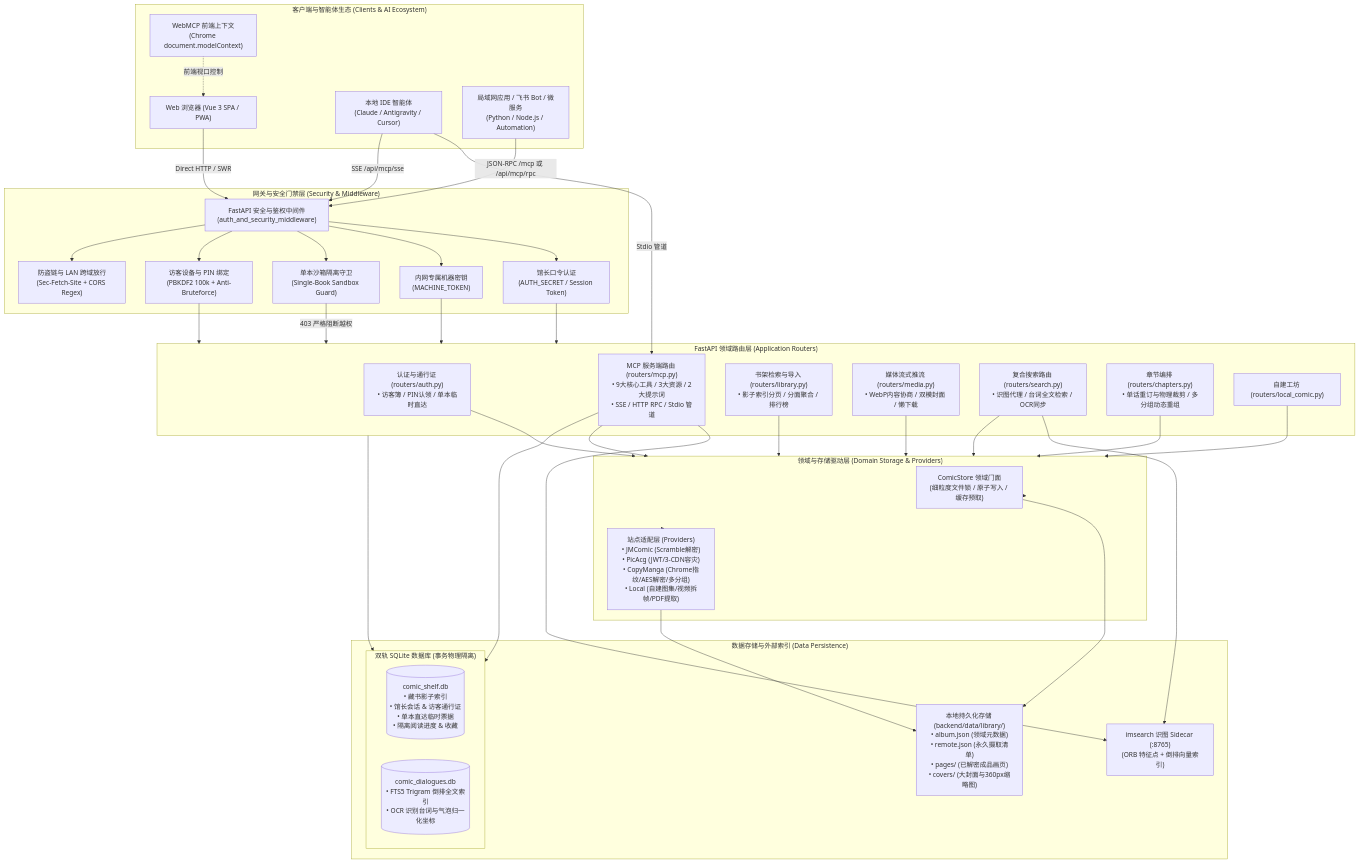
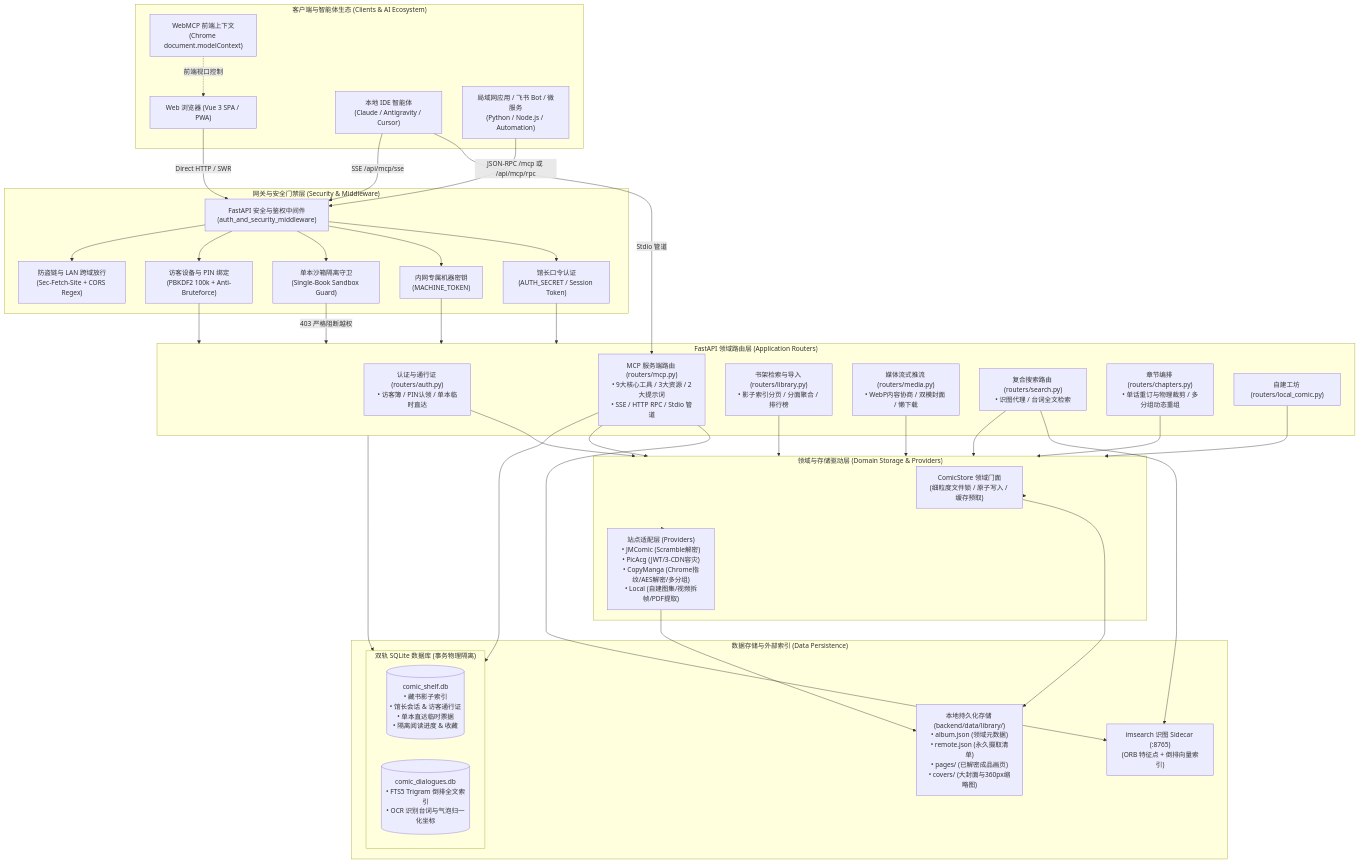
Before and after one commit to lhvision/comic-shelf: the diagram in docs/agents/architecture.md, drawn with Mermaid. The commit also changed other lines of this file and 29 other files, not shown here.

````diff
--- a/docs/agents/architecture.md
+++ b/docs/agents/architecture.md
@@ -30,77 +30,77 @@
 ```mermaid
 flowchart TD
     subgraph Clients["客户端与智能体生态 (Clients & AI Ecosystem)"]
         WebUI["Web 浏览器 (Vue 3 SPA / PWA)"]
         WebMCP["WebMCP 前端上下文<br/>(Chrome document.modelContext)"]
         LocalAgent["本地 IDE 智能体<br/>(Claude / Antigravity / Cursor)"]
         LanBots["局域网应用 / 飞书 Bot / 微服务<br/>(Python / Node.js / Automation)"]
     end
 
     subgraph Gateway["网关与安全门禁层 (Security & Middleware)"]
         AuthMiddleware["FastAPI 安全与鉴权中间件<br/>(auth_and_security_middleware)"]
         CuratorAuth["馆长口令认证<br/>(AUTH_SECRET / Session Token)"]
         MachineAuth["内网专属机器密钥<br/>(MACHINE_TOKEN)"]
         SandboxGuard["单本沙箱隔离守卫<br/>(Single-Book Sandbox Guard)"]
         GuestDevice["访客设备与 PIN 绑定<br/>(PBKDF2 100k + Anti-Bruteforce)"]
         Hotlink["防盗链与 LAN 跨域放行<br/>(Sec-Fetch-Site + CORS Regex)"]
     end
 
     subgraph AppLayer["FastAPI 领域路由层 (Application Routers)"]
         MCPServer["MCP 服务端路由 (routers/mcp.py)<br/>• 9大核心工具 / 3大资源 / 2大提示词<br/>• SSE / HTTP RPC / Stdio 管道"]
         AuthRouter["认证与通行证 (routers/auth.py)<br/>• 访客簿 / PIN认领 / 单本临时直达"]
         LibraryRouter["书架检索与导入 (routers/library.py)<br/>• 影子索引分页 / 分面聚合 / 排行榜"]
         MediaRouter["媒体流式推流 (routers/media.py)<br/>• WebP内容协商 / 双模封面 / 懒下载"]
-        SearchRouter["复合搜索路由 (routers/search.py)<br/>• 识图代理 / 台词全文检索 / OCR同步"]
+        SearchRouter["复合搜索路由 (routers/search.py)<br/>• 识图代理 / 台词全文检索"]
         ChaptersRouter["章节编排 (routers/chapters.py)<br/>• 单话重订与物理裁剪 / 多分组动态重组"]
         LocalRouter["自建工坊 (routers/local_comic.py)"]
     end
 
     subgraph Domain["领域与存储驱动层 (Domain Storage & Providers)"]
         ComicStore["ComicStore 领域门面<br/>(细粒度文件锁 / 原子写入 / 缓存预取)"]
         Providers["站点适配层 (Providers)<br/>• JMComic (Scramble解密)<br/>• PicAcg (JWT/3-CDN容灾)<br/>• CopyManga (Chrome指纹/AES解密/多分组)<br/>• Local (自建图集/视频拆帧/PDF提取)"]
     end
 
     subgraph Storage["数据存储与外部索引 (Data Persistence)"]
         subgraph Databases["双轨 SQLite 数据库 (事务物理隔离)"]
             MainDB[("comic_shelf.db<br/>• 藏书影子索引<br/>• 馆长会话 & 访客通行证<br/>• 单本直达临时票据<br/>• 隔离阅读进度 & 收藏")]
             DiagDB[("comic_dialogues.db<br/>• FTS5 Trigram 倒排全文索引<br/>• OCR 识别台词与气泡归一化坐标")]
         end
         ImsearchSidecar["imsearch 识图 Sidecar (:8765)<br/>(ORB 特征点 + 倒排向量索引)"]
         DataDir["本地持久化存储 (backend/data/library/)<br/>• album.json (领域元数据)<br/>• remote.json (永久摄取清单)<br/>• pages/ (已解密成品画页)<br/>• covers/ (大封面与360px缩略图)"]
     end
 
     WebUI -->|Direct HTTP / SWR| AuthMiddleware
     WebMCP -.->|前端视口控制| WebUI
     LocalAgent -->|Stdio 管道| MCPServer
     LocalAgent -->|SSE /api/mcp/sse| AuthMiddleware
     LanBots -->|JSON-RPC /mcp 或 /api/mcp/rpc| AuthMiddleware
 
     AuthMiddleware --> CuratorAuth
     AuthMiddleware --> MachineAuth
     AuthMiddleware --> SandboxGuard
     AuthMiddleware --> GuestDevice
     AuthMiddleware --> Hotlink
 
     CuratorAuth --> AppLayer
     MachineAuth --> AppLayer
     SandboxGuard -->|403 严格阻断越权| AppLayer
     GuestDevice --> AppLayer
 
     MCPServer --> Domain
     AuthRouter --> Domain
     LibraryRouter --> Domain
     MediaRouter --> Domain
     SearchRouter --> Domain
     ChaptersRouter --> Domain
     LocalRouter --> Domain
 
     Domain --> ComicStore
     Domain --> Providers
     Providers --> DataDir
     ComicStore --> DataDir
 
     AppLayer --> Databases
     SearchRouter --> ImsearchSidecar
     MCPServer --> Databases
     MCPServer --> ImsearchSidecar
 ```
````
